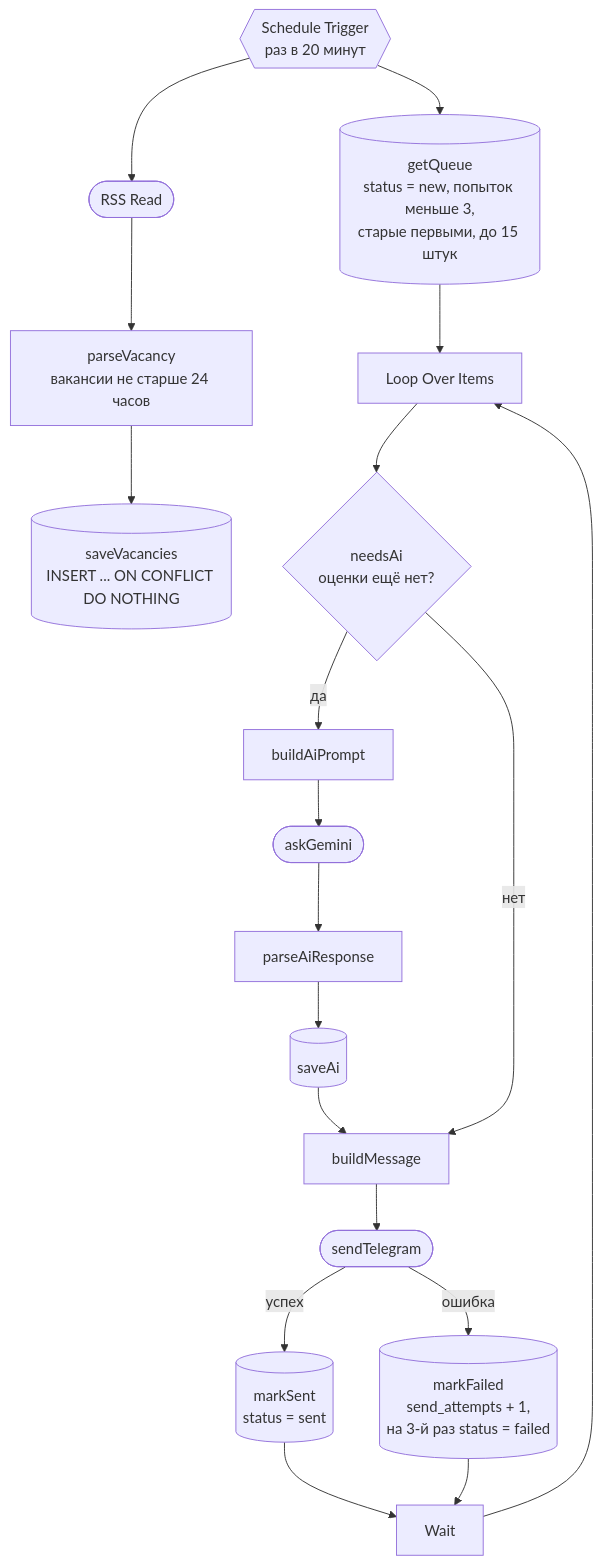
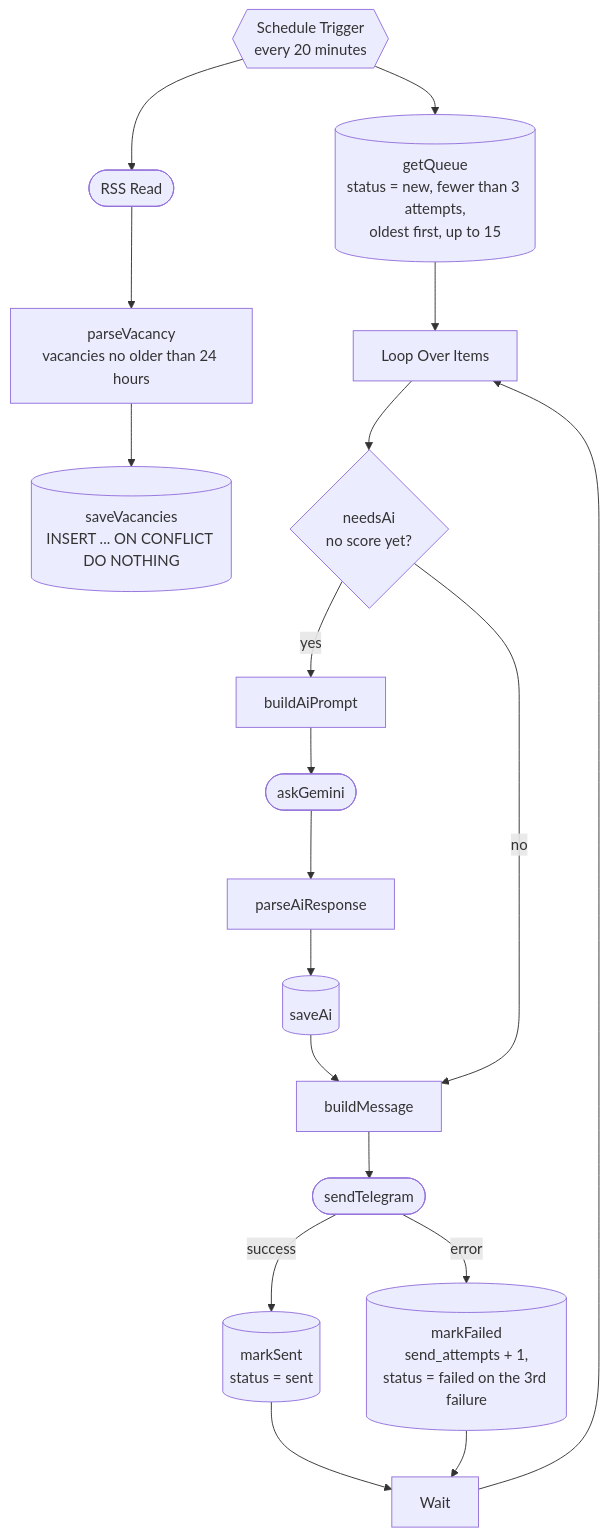
The second of 2 diagrams in README.md (Rostik0602/djinni-job-bot), drawn with Mermaid before and after one commit. The commit also changed other lines of this file, not shown here.

````diff
--- a/README.md
+++ b/README.md
@@ -74,24 +74,24 @@
 ```mermaid
 flowchart TD
-    T{{"Schedule Trigger<br/>раз в 20 минут"}}
+    T{{"Schedule Trigger<br/>every 20 minutes"}}
 
     T --> RSS(["RSS Read"])
-    RSS --> PV["parseVacancy<br/>вакансии не старше 24 часов"]
+    RSS --> PV["parseVacancy<br/>vacancies no older than 24 hours"]
     PV --> SV[("saveVacancies<br/>INSERT ... ON CONFLICT DO NOTHING")]
 
-    T --> Q[("getQueue<br/>status = new, попыток меньше 3,<br/>старые первыми, до 15 штук")]
+    T --> Q[("getQueue<br/>status = new, fewer than 3 attempts,<br/>oldest first, up to 15")]
     Q --> L["Loop Over Items"]
-    L --> N{"needsAi<br/>оценки ещё нет?"}
-    N -->|"да"| P["buildAiPrompt"]
+    L --> N{"needsAi<br/>no score yet?"}
+    N -->|"yes"| P["buildAiPrompt"]
     P --> G(["askGemini"])
     G --> PA["parseAiResponse"]
     PA --> SA[("saveAi")]
     SA --> M["buildMessage"]
-    N -->|"нет"| M
+    N -->|"no"| M
     M --> S(["sendTelegram"])
-    S -->|"успех"| MS[("markSent<br/>status = sent")]
-    S -->|"ошибка"| MF[("markFailed<br/>send_attempts + 1,<br/>на 3-й раз status = failed")]
+    S -->|"success"| MS[("markSent<br/>status = sent")]
+    S -->|"error"| MF[("markFailed<br/>send_attempts + 1,<br/>status = failed on the 3rd failure")]
     MS --> W["Wait"]
     MF --> W
     W --> L
 ```
````
